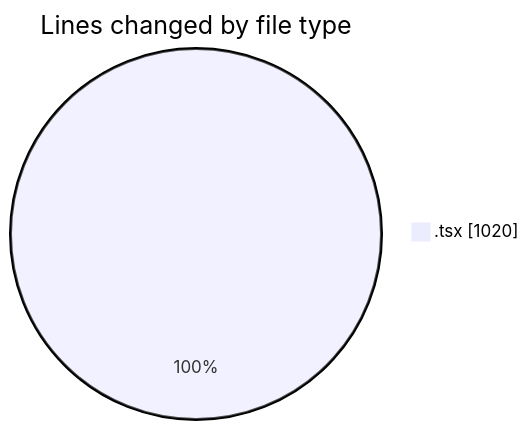
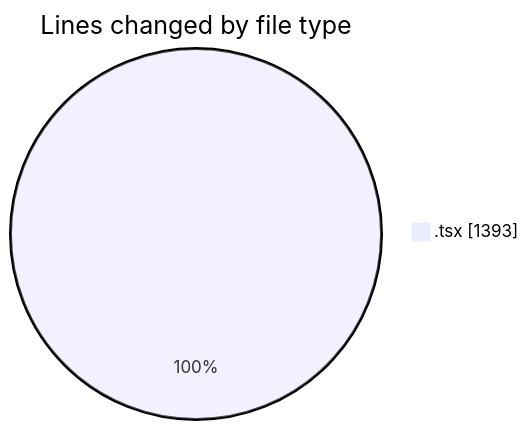
Before and after one commit to momahboobian/code-tracking: the first of 2 diagrams in 2025-03-20/cda/README.md, drawn with Mermaid. The commit also changed other lines of this file and 1 other file, not shown here.

````diff
--- a/2025-03-20/cda/README.md
+++ b/2025-03-20/cda/README.md
@@ -22,5 +22,5 @@
 ```mermaid
 pie showData
 title Lines changed by file type
-".tsx" : 1020
+".tsx" : 1393
 ```
````
